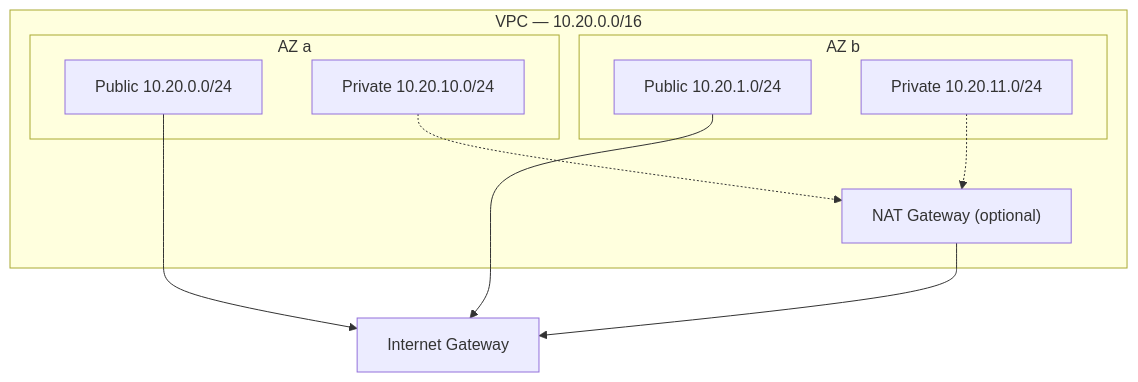
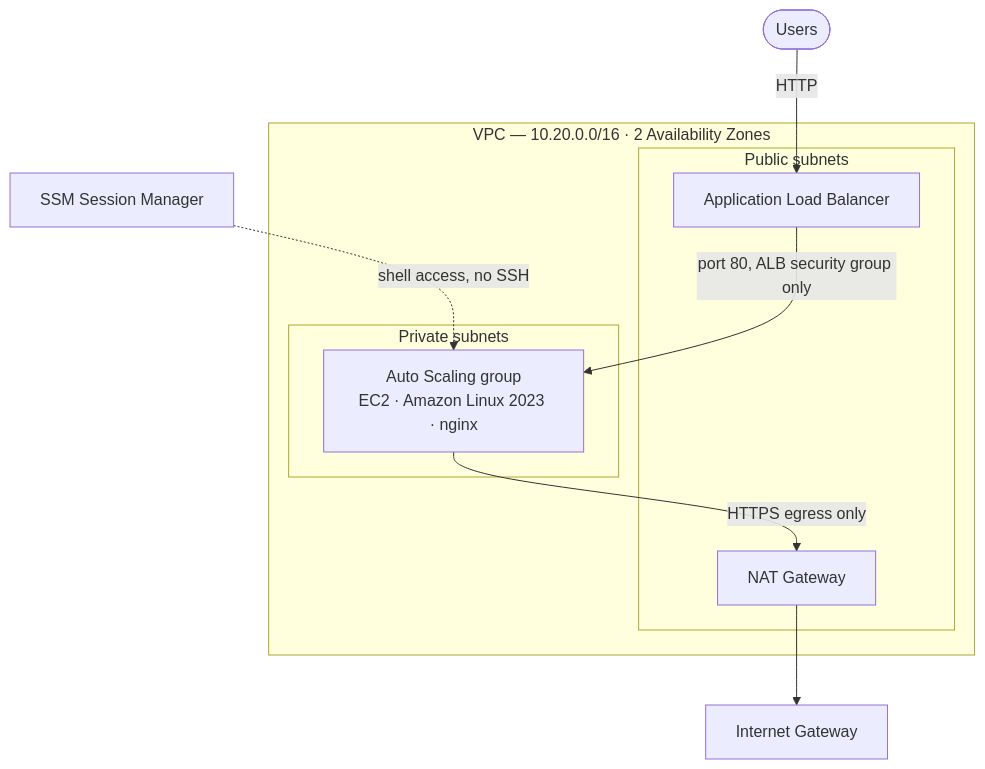
Before and after one commit to dgeofrey/aws-web-platform: the diagram in README.md, drawn with Mermaid. The commit also changed other lines of this file and 10 other files, not shown here.

Commit message:
Add web tier: ALB and Auto Scaling group in private subnets

````diff
--- a/README.md
+++ b/README.md
@@ -14,19 +11,18 @@
 ```mermaid
 flowchart TB
-    igw[Internet Gateway]
+    user([Users]) -->|HTTP| alb
 
-    subgraph vpc["VPC — 10.20.0.0/16"]
-        subgraph az1["AZ a"]
-            pub1["Public 10.20.0.0/24"]
-            priv1["Private 10.20.10.0/24"]
+    subgraph vpc["VPC — 10.20.0.0/16 · 2 Availability Zones"]
+        subgraph public["Public subnets"]
+            alb[Application Load Balancer]
+            nat[NAT Gateway]
         end
-        subgraph az2["AZ b"]
-            pub2["Public 10.20.1.0/24"]
-            priv2["Private 10.20.11.0/24"]
+        subgraph private["Private subnets"]
+            asg["Auto Scaling group<br/>EC2 · Amazon Linux 2023 · nginx"]
         end
-        nat["NAT Gateway (optional)"]
     end
 
-    pub1 & pub2 --> igw
-    priv1 & priv2 -.-> nat --> igw
+    alb -->|port 80, ALB security group only| asg
+    asg -->|HTTPS egress only| nat --> igw[Internet Gateway]
+    ssm[SSM Session Manager] -.->|shell access, no SSH| asg
 ```
````
